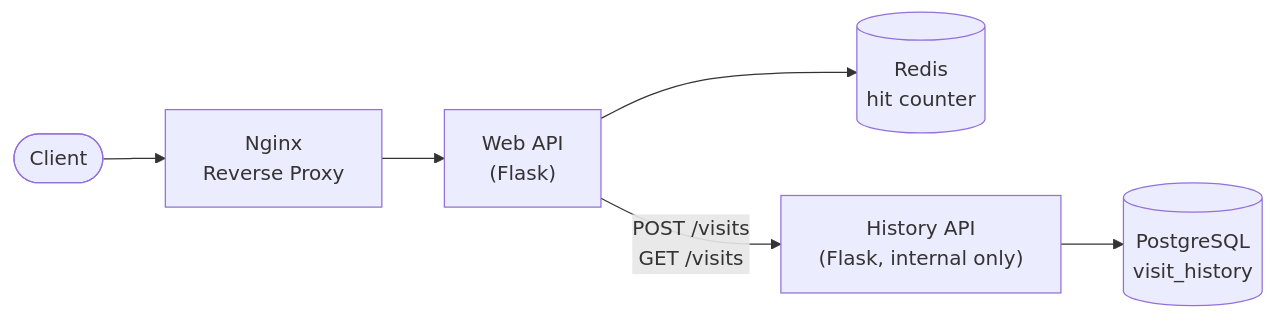
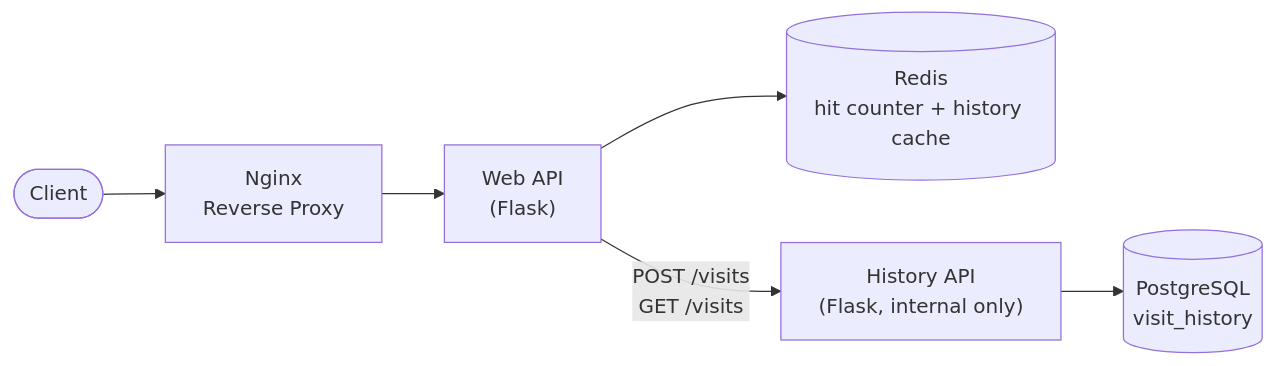
Before and after one commit to Furkan5E/Scalable-Microservices-Stack: the diagram in README.md, drawn with Mermaid. The commit also changed other lines of this file and 5 other files, not shown here.

Commit message:
feat: implemented ruff linting in ci and redis caching for history

````diff
--- a/README.md
+++ b/README.md
@@ -30,8 +30,8 @@
 ```mermaid
 flowchart LR
     Client(["Client"]) --> Nginx["Nginx\nReverse Proxy"]
     Nginx --> Web["Web API\n(Flask)"]
-    Web --> Redis[("Redis\nhit counter")]
+    Web --> Redis[("Redis\nhit counter + history cache")]
     Web -- "POST /visits\nGET /visits" --> History["History API\n(Flask, internal only)"]
     History --> Postgres[("PostgreSQL\nvisit_history")]
 ```
````
